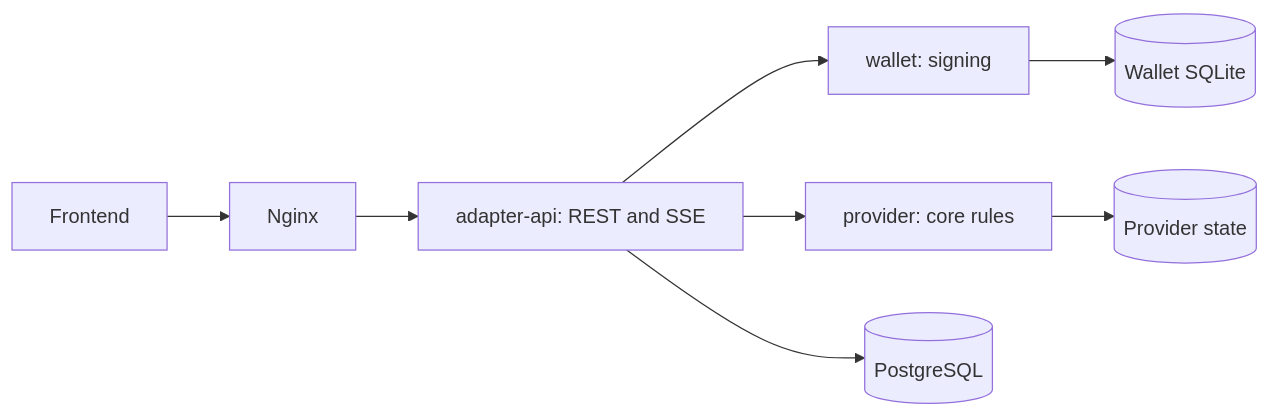
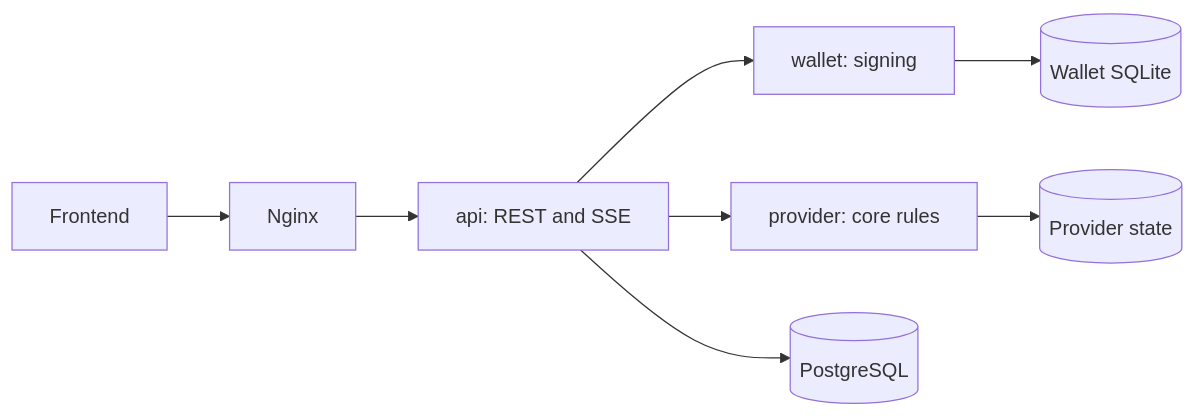
One commit to abako-project/backend-v2 changed the diagram in README.md. Above: the diagram before and after it, drawn with Mermaid. The commit also changed other lines of this file and 366 other files, not shown here.

````diff
--- a/README.md
+++ b/README.md
@@ -28,10 +28,10 @@
 ```mermaid
 flowchart LR
     Browser[Frontend] --> Gateway[Nginx]
-    Gateway --> Adapter[adapter-api: REST and SSE]
+    Gateway --> Adapter[api: REST and SSE]
     Adapter --> Wallet[wallet: signing]
     Adapter --> Provider[provider: core rules]
     Adapter --> PG[(PostgreSQL)]
     Wallet --> Keys[(Wallet SQLite)]
     Provider --> State[(Provider state)]
 ```
````
